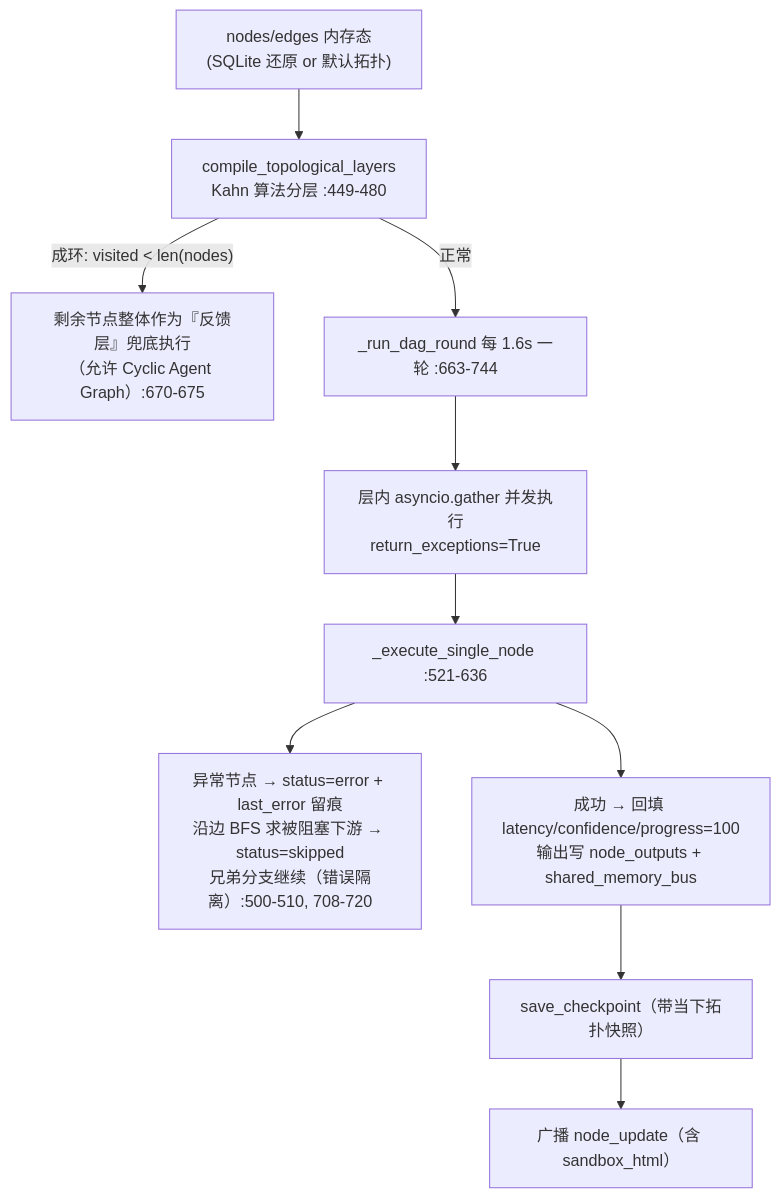
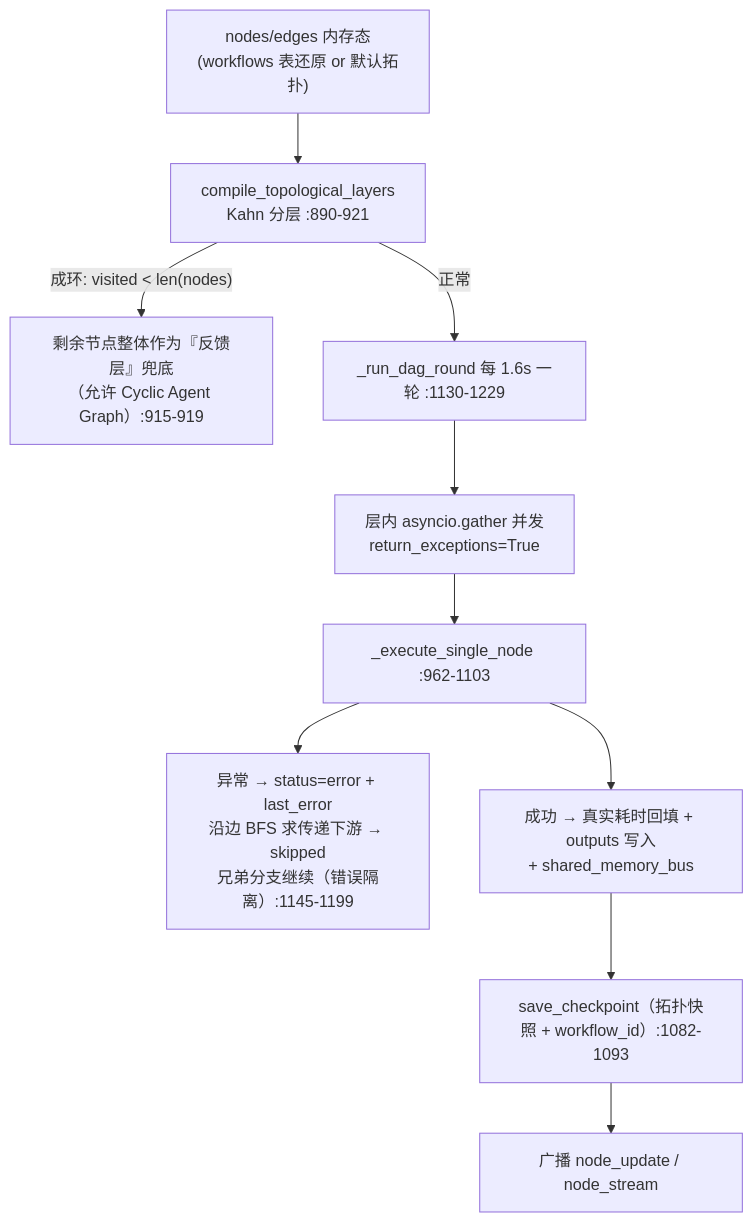
Before and after one commit to happy520ai/aigent-workflow-studio: the second of 4 diagrams in 项目源码与架构文档.md, drawn with Mermaid. The commit also changed other lines of this file and 8 other files, not shown here.

````diff
--- a/项目源码与架构文档.md
+++ b/项目源码与架构文档.md
@@ -269,12 +289,12 @@
 ```mermaid
 flowchart TB
-    A["nodes/edges 内存态<br/>(SQLite 还原 or 默认拓扑)"] --> B["compile_topological_layers<br/>Kahn 算法分层 :449-480"]
-    B -- "成环: visited < len(nodes)" --> C["剩余节点整体作为『反馈层』兜底执行<br/>（允许 Cyclic Agent Graph）:670-675"]
-    B -- "正常" --> D["_run_dag_round 每 1.6s 一轮 :663-744"]
-    D --> E["层内 asyncio.gather 并发执行<br/>return_exceptions=True"]
-    E --> F["_execute_single_node :521-636"]
-    F --> G["异常节点 → status=error + last_error 留痕<br/>沿边 BFS 求被阻塞下游 → status=skipped<br/>兄弟分支继续（错误隔离）:500-510, 708-720"]
-    F --> H["成功 → 回填 latency/confidence/progress=100<br/>输出写 node_outputs + shared_memory_bus"]
-    H --> I["save_checkpoint（带当下拓扑快照）"]
-    I --> J["广播 node_update（含 sandbox_html）"]
+    A["nodes/edges 内存态<br/>(workflows 表还原 or 默认拓扑)"] --> B["compile_topological_layers<br/>Kahn 分层 :890-921"]
+    B -- "成环: visited < len(nodes)" --> C["剩余节点整体作为『反馈层』兜底<br/>（允许 Cyclic Agent Graph）:915-919"]
+    B -- "正常" --> D["_run_dag_round 每 1.6s 一轮 :1130-1229"]
+    D --> E["层内 asyncio.gather 并发<br/>return_exceptions=True"]
+    E --> F["_execute_single_node :962-1103"]
+    F --> G["异常 → status=error + last_error<br/>沿边 BFS 求传递下游 → skipped<br/>兄弟分支继续（错误隔离）:1145-1199"]
+    F --> H["成功 → 真实耗时回填 + outputs 写入<br/>+ shared_memory_bus"]
+    H --> I["save_checkpoint（拓扑快照 + workflow_id）:1082-1093"]
+    I --> J["广播 node_update / node_stream"]
 ```
````
